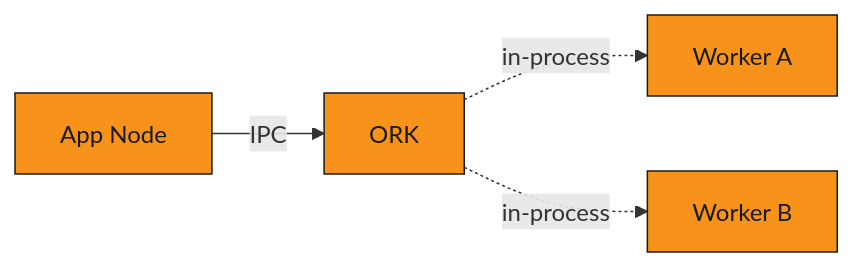
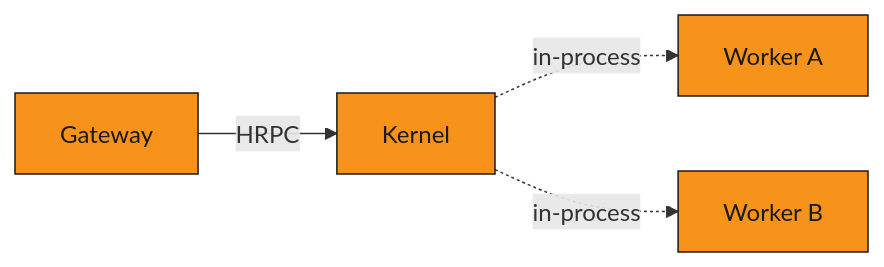
The first of 3 diagrams in docs/concepts/deployment-topologies.md (tetherto/mdk), drawn with Mermaid before and after one commit. The commit also changed other lines of this file and 4406 other files, not shown here.

````diff
--- a/docs/concepts/deployment-topologies.md
+++ b/docs/concepts/deployment-topologies.md
@@ -33,7 +33,7 @@
 ```mermaid
 flowchart LR
   classDef mdk fill:#F7931A,stroke:#1A1A1A,color:#1A1A1A
-  sApp["App Node"]:::mdk -->|"IPC"| sOrk["ORK"]:::mdk
-  sOrk -.->|"in-process"| sW1["Worker A"]:::mdk
-  sOrk -.->|"in-process"| sW2["Worker B"]:::mdk
+  sApp["Gateway"]:::mdk -->|"HRPC"| sKernel["Kernel"]:::mdk
+  sKernel -.->|"in-process"| sW1["Worker A"]:::mdk
+  sKernel -.->|"in-process"| sW2["Worker B"]:::mdk
 ```
````
